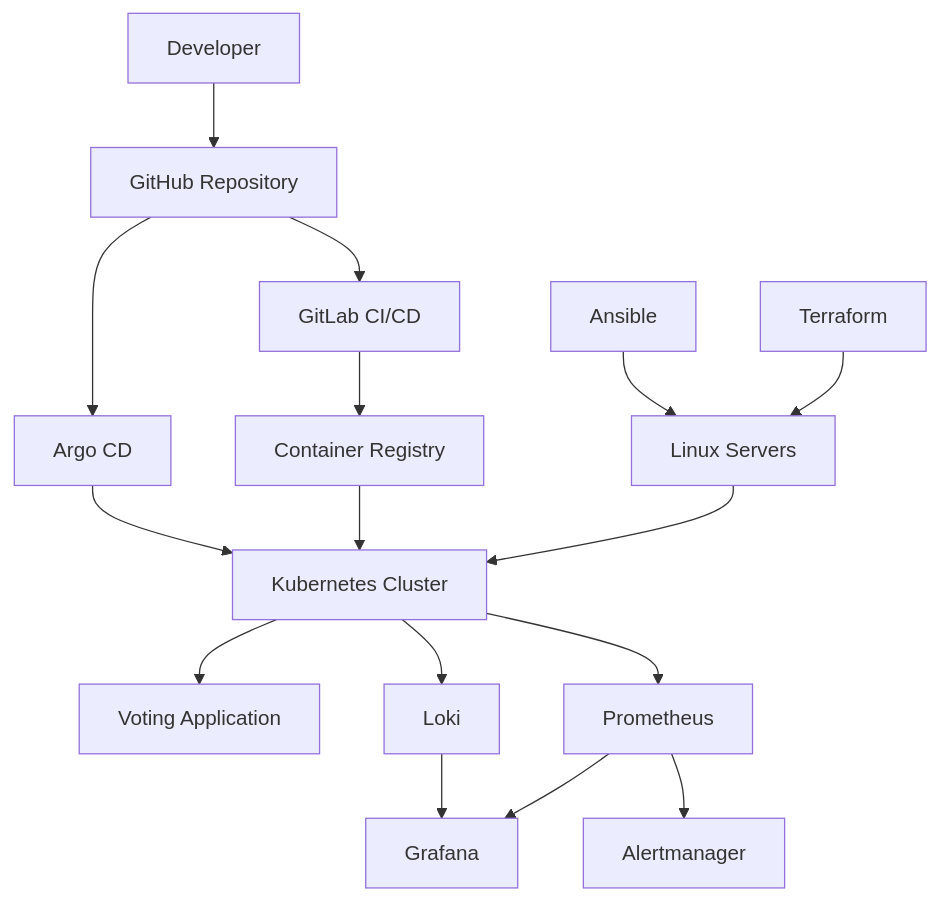
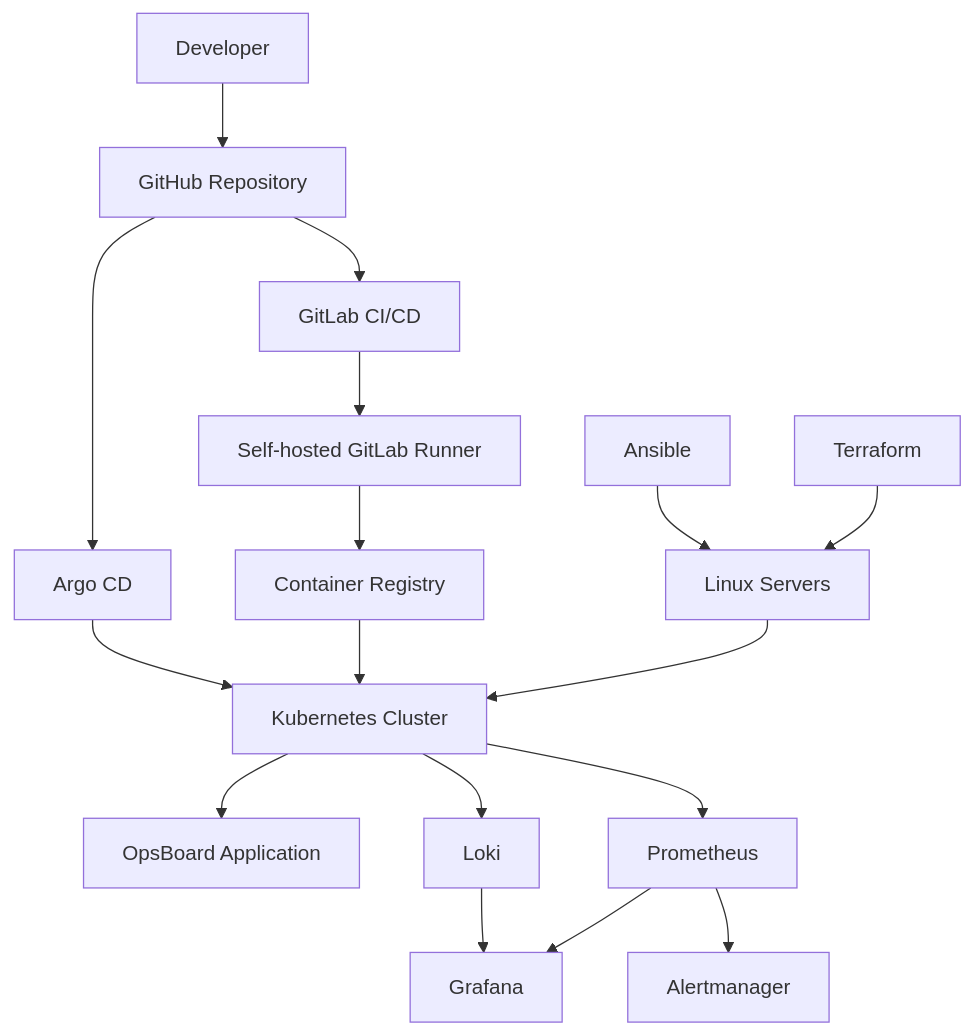
The second of 2 diagrams in README.md (Khash90/opsboard), drawn with Mermaid before and after one commit. The commit also changed other lines of this file and 4 other files, not shown here.

Commit message:
Migrate OpsBoard to local GitLab registry and update documentation

````diff
--- a/README.md
+++ b/README.md
@@ -129,27 +172,28 @@
 ```mermaid
 flowchart TD
     Developer[Developer] --> GitHub[GitHub Repository]
 
     GitHub --> GitLab[GitLab CI/CD]
     GitHub --> ArgoCD[Argo CD]
 
     Terraform[Terraform] --> Servers[Linux Servers]
     Ansible[Ansible] --> Servers
 
     Servers --> Kubernetes[Kubernetes Cluster]
 
-    GitLab --> Registry[Container Registry]
+    GitLab --> Runner[Self-hosted GitLab Runner]
+    Runner --> Registry[Container Registry]
+
     Registry --> Kubernetes
-
     ArgoCD --> Kubernetes
 
-    Kubernetes --> App[Voting Application]
+    Kubernetes --> App[OpsBoard Application]
 
     Kubernetes --> Prometheus[Prometheus]
     Prometheus --> Grafana[Grafana]
 
     Kubernetes --> Loki[Loki]
     Loki --> Grafana
 
     Prometheus --> Alertmanager[Alertmanager]
 ```
````
